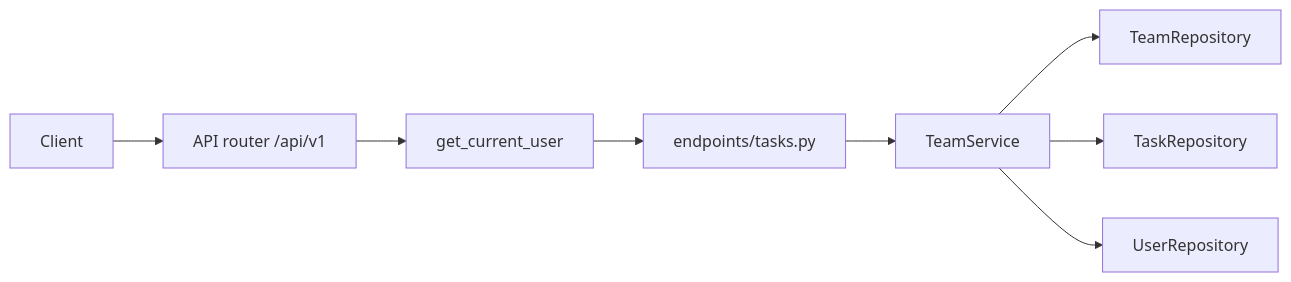
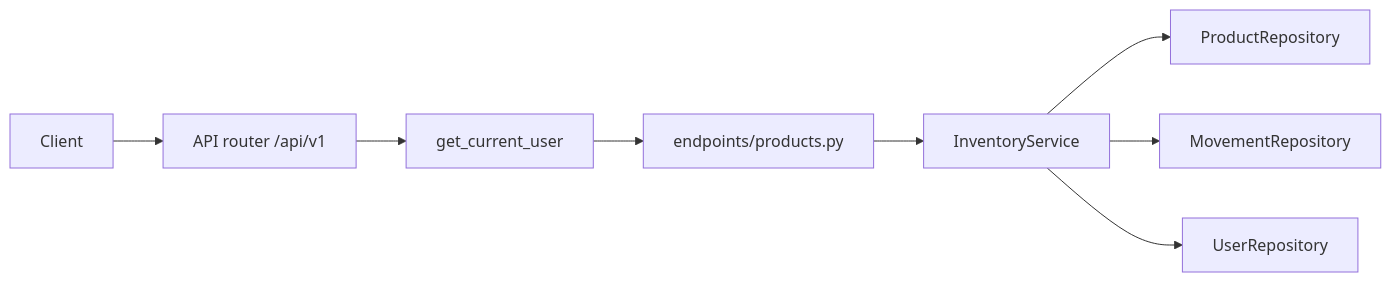
One commit to poluru-labs/fastapi-realworld-projects changed the diagram in intermediate/fastapi-inventory/README.md. Above: the diagram before and after it, drawn with Mermaid. The commit also changed other lines of this file and 25 other files, not shown here.

````diff
--- a/intermediate/fastapi-inventory/README.md
+++ b/intermediate/fastapi-inventory/README.md
@@ -58,10 +54,10 @@
 ```mermaid
 flowchart LR
   Client --> Router["API router /api/v1"]
   Router --> Deps["get_current_user"]
-  Deps --> Endpoint["endpoints/tasks.py"]
-  Endpoint --> Service["TeamService"]
-  Service --> Teams["TeamRepository"]
-  Service --> Tasks["TaskRepository"]
+  Deps --> Endpoint["endpoints/products.py"]
+  Endpoint --> Service["InventoryService"]
+  Service --> Products["ProductRepository"]
+  Service --> Movements["MovementRepository"]
   Service --> Users["UserRepository"]
 ```
````
